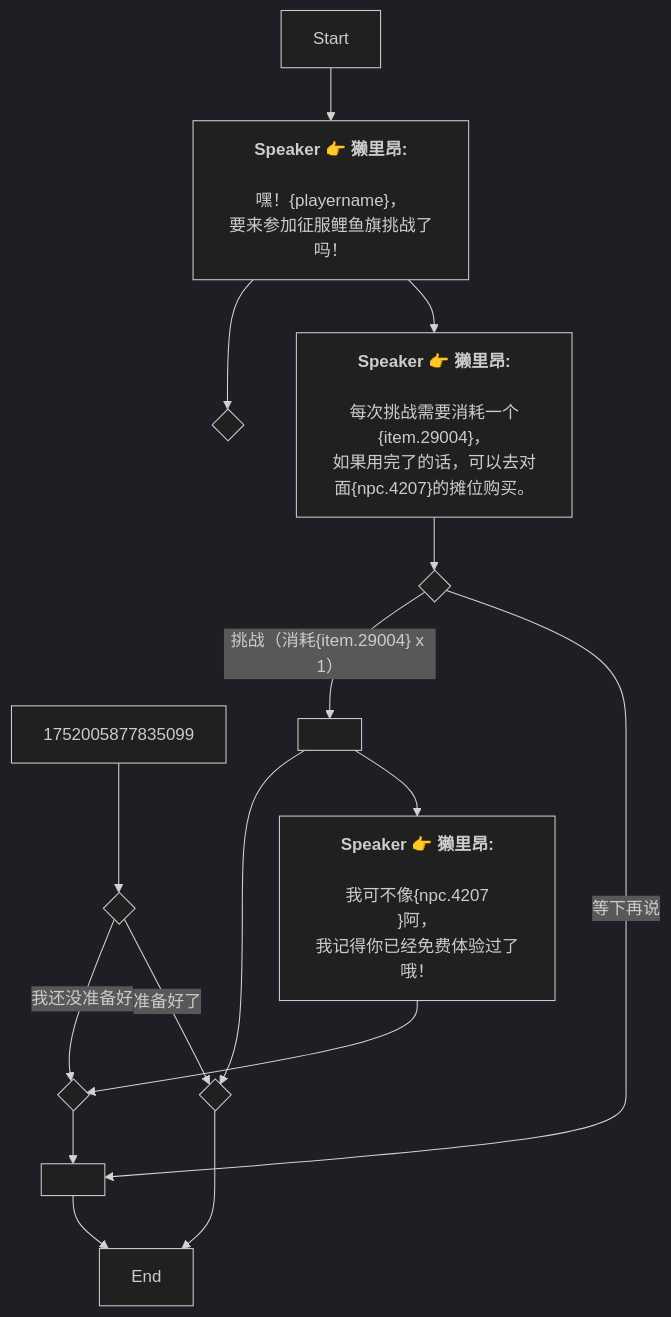
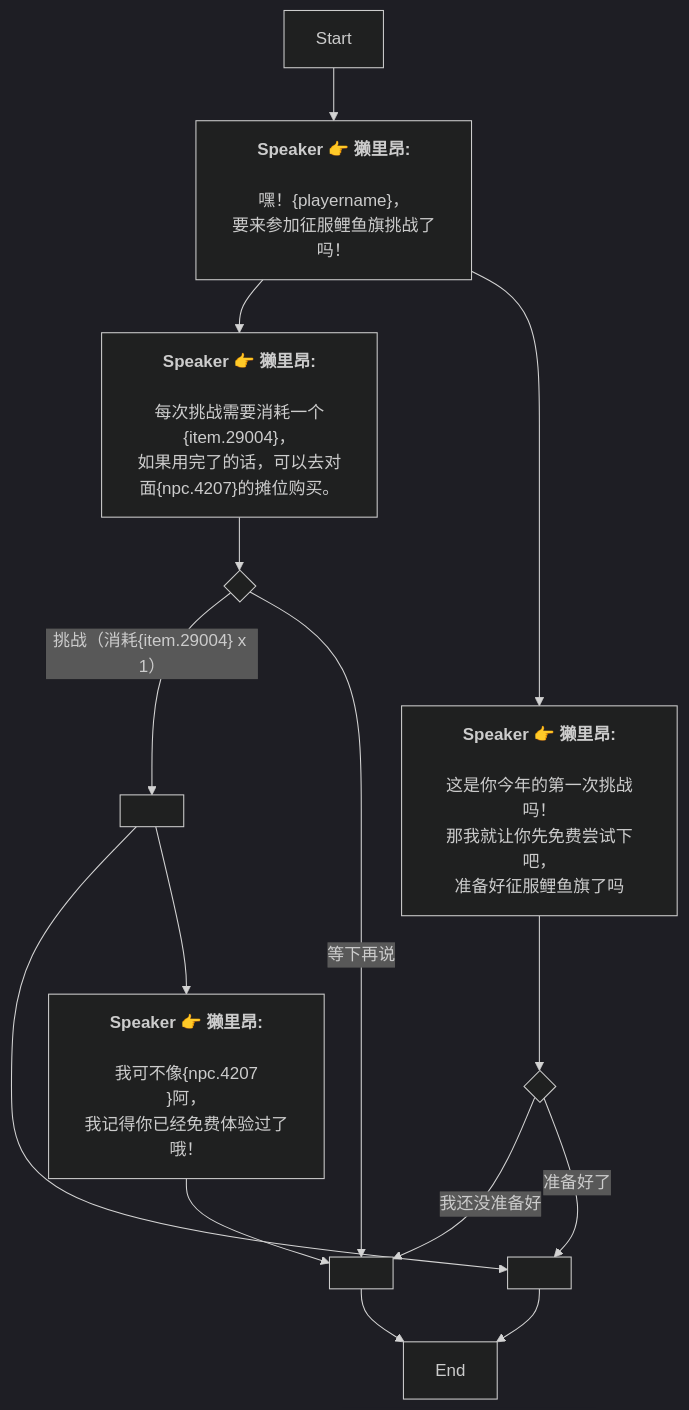
The diagram in Zh/AddDialogNode_1747827838779673.md (SoftHu/tos_avg), drawn with Mermaid (dark theme) before and after one commit. The commit also changed 228 other files, not shown here.

````diff
--- a/Zh/AddDialogNode_1747827838779673.md
+++ b/Zh/AddDialogNode_1747827838779673.md
@@ -1,29 +1,32 @@
 ```mermaid
 graph
 Start -->1747827907015965[<b>Speaker 👉 獭里昂:</b>
 
 嘿！&lbrace;playername&rbrace;，
 要来参加征服鲤鱼旗挑战了吗！]
-1747827907015965 -->1752005483736403{ }
 1747827907015965 -->1752005655631188[<b>Speaker 👉 獭里昂:</b>
 
 每次挑战需要消耗一个&lbrace;item.29004&rbrace;，
 如果用完了的话，可以去对面&lbrace;npc.4207&rbrace;的摊位购买。]
-1752005877835099 -->1752005938413916{ }
-1752005938413916 -->|我还没准备好|1752005960656225[ ]
-1752005938413916 -->|准备好了|1751644280567093[ ]
-1752005960656225 -->1751644294411574{ }
-1751644294411574 -->1747827980024094[End]
-1751644280567093 -->1747827980024094[End]
+1747827907015965 -->1752005877835099[<b>Speaker 👉 獭里昂:</b>
+
+这是你今年的第一次挑战吗！
+那我就让你先免费尝试下吧，
+准备好征服鲤鱼旗了吗]
 1752005655631188 -->1752005828131157{ }
 1752005828131157 -->|挑战（消耗&lbrace;item.29004&rbrace; x 1）|1752005867783514[ ]
 1752005828131157 -->|等下再说|1751644294411574[ ]
 1752005867783514 -->1751644280567093{ }
 1752005867783514 -->1752006146056546[<b>Speaker 👉 獭里昂:</b>
 
 我可不像&lbrace;npc.4207
 &rbrace;阿，
 我记得你已经免费体验过了哦！]
-1752006146056546 -->1752005960656225{ }
+1751644280567093 -->1747827980024094[End]
+1752006146056546 -->1751644294411574{ }
+1751644294411574 -->1747827980024094[End]
+1752005877835099 -->1752005938413916{ }
+1752005938413916 -->|我还没准备好|1751644294411574[ ]
+1752005938413916 -->|准备好了|1751644280567093[ ]
 
  ```
````
